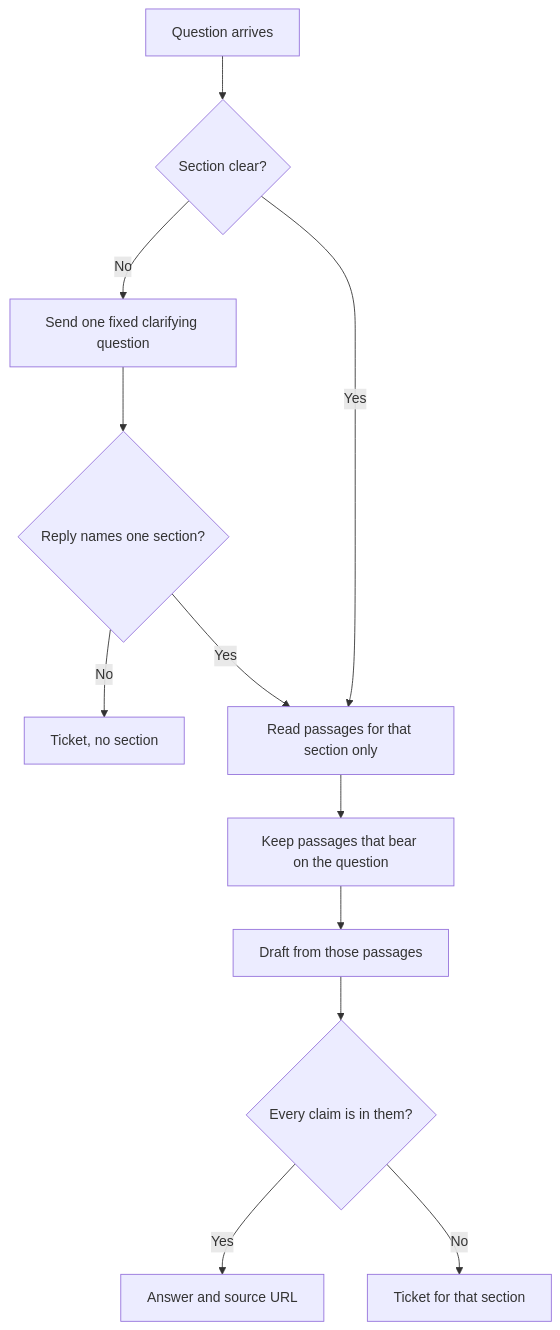
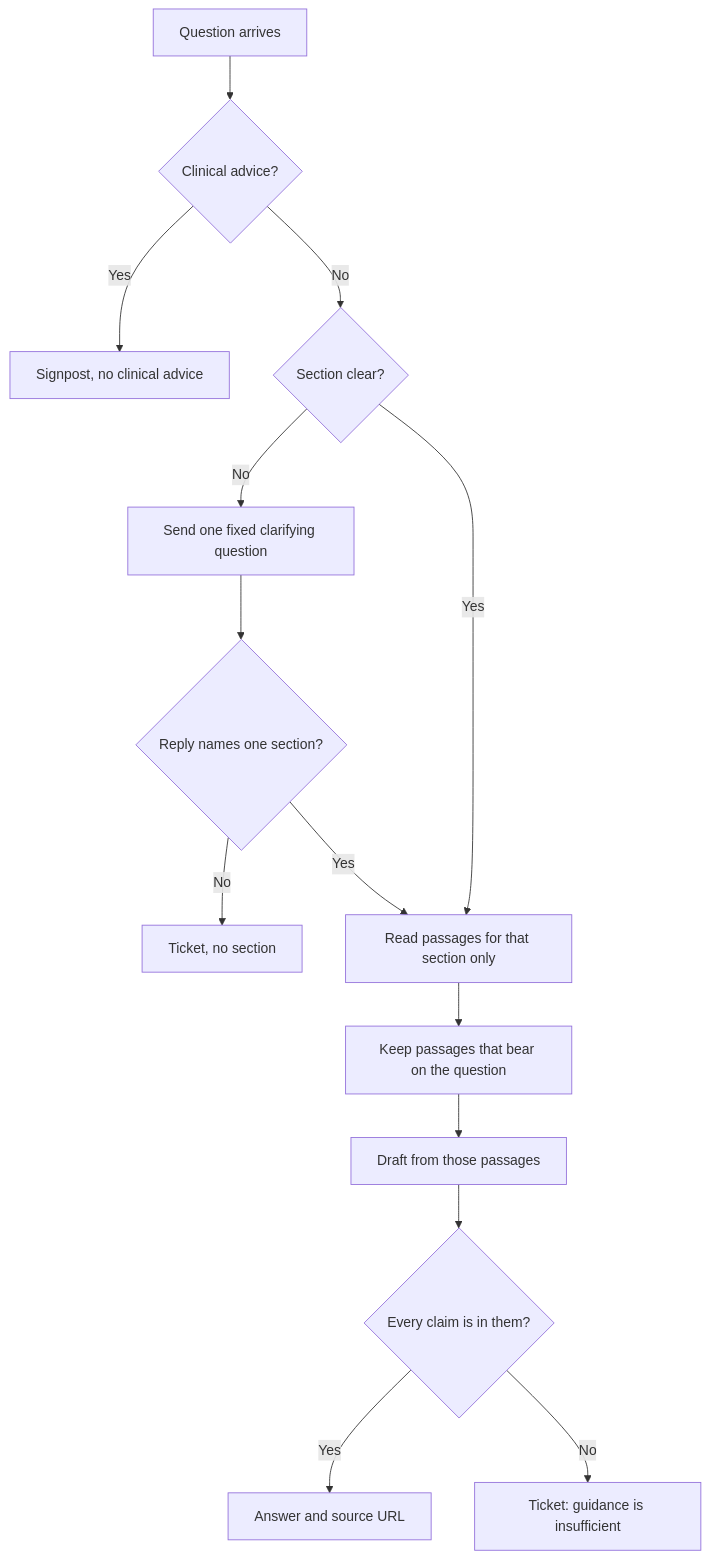
One commit to ramy-glitch/Deskline changed the fifth of 6 diagrams in docs/alpha_build.md. Above: the diagram before and after it, drawn with Mermaid. The commit also changed other lines of this file and 12 other files, not shown here.

````diff
--- a/docs/alpha_build.md
+++ b/docs/alpha_build.md
@@ -154,24 +159,28 @@
 ```mermaid
 flowchart TD
     start[Question arrives]
+    clinical{Clinical advice?}
+    signpost[Signpost, no clinical advice]
     route{Section clear?}
     clarify[Send one fixed clarifying question]
     reply{Reply names one section?}
     ticketUnclear[Ticket, no section]
     retrieve[Read passages for that section only]
     grade[Keep passages that bear on the question]
     draft[Draft from those passages]
     check{Every claim is in them?}
     answer[Answer and source URL]
-    ticketGap[Ticket for that section]
+    ticketGap[Ticket: guidance is insufficient]
 
-    start --> route
+    start --> clinical
+    clinical -->|Yes| signpost
+    clinical -->|No| route
     route -->|Yes| retrieve
     route -->|No| clarify
     clarify --> reply
     reply -->|No| ticketUnclear
     reply -->|Yes| retrieve
     retrieve --> grade --> draft --> check
     check -->|Yes| answer
     check -->|No| ticketGap
 ```
````
